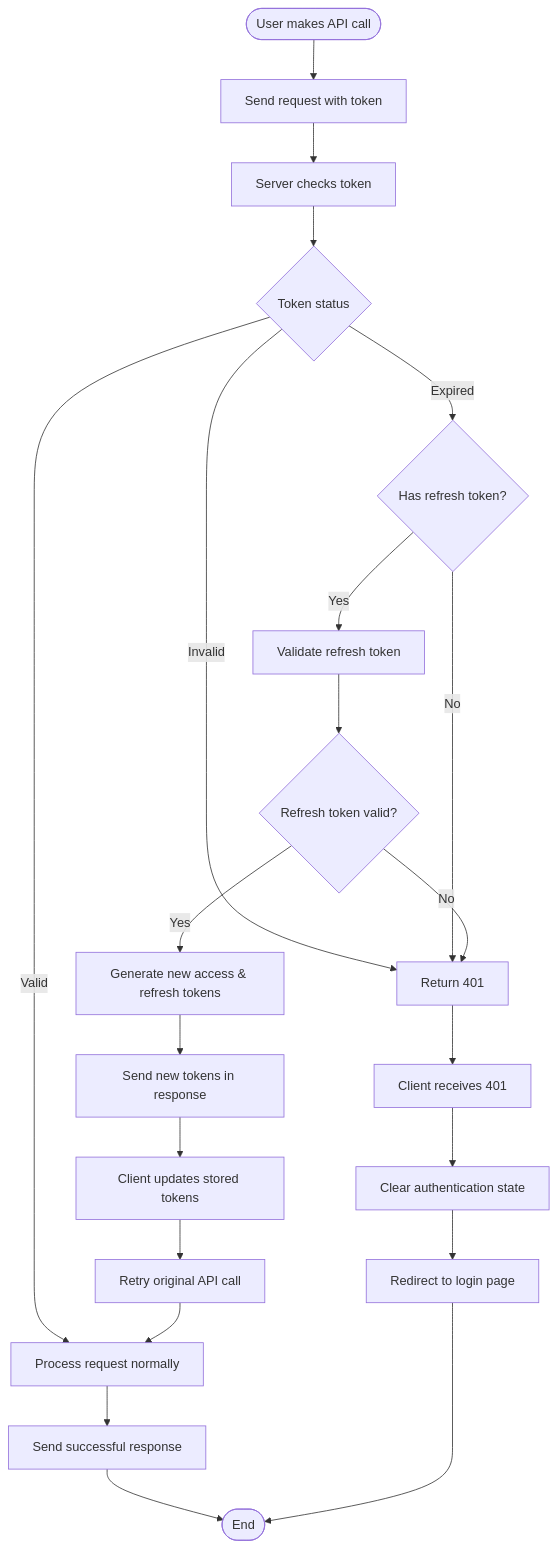
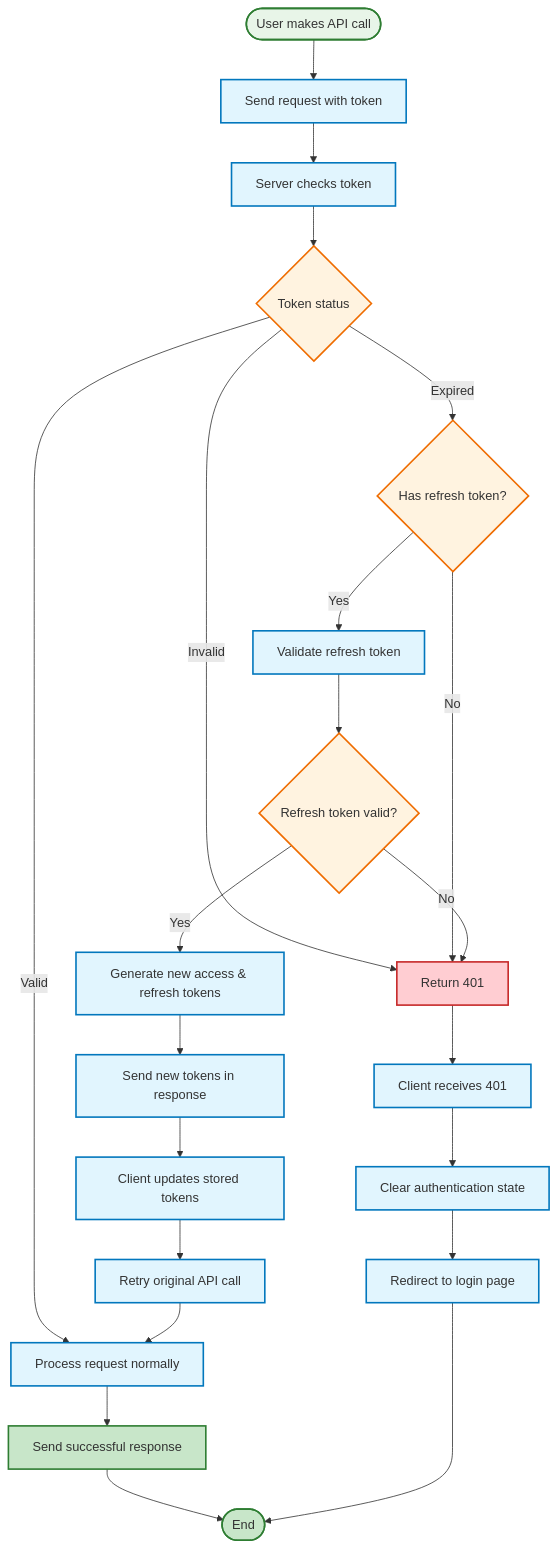
Before and after one commit to shmuelkapiloff/simple-: diagram 16 of 16 in docs/SYSTEM_MAP.md, drawn with Mermaid. The commit also changed other lines of this file, not shown here.

Commit message:
style: Add comprehensive styling and colors to all flowcharts - Security, Search, Email, Admin, Payment, and Token Refresh flows

````diff
--- a/docs/SYSTEM_MAP.md
+++ b/docs/SYSTEM_MAP.md
@@ -1247,32 +1355,45 @@
 ```mermaid
 flowchart TD
     ApiCall([User makes API call]) --> SendRequest[Send request with token]
     SendRequest --> ServerCheck[Server checks token]
     
     ServerCheck --> TokenStatus{Token status}
     
     TokenStatus -->|Valid| ProcessRequest[Process request normally]
     TokenStatus -->|Expired| CheckRefreshToken{Has refresh token?}
     TokenStatus -->|Invalid| Return401[Return 401]
     
     CheckRefreshToken -->|No| Return401
     CheckRefreshToken -->|Yes| ValidateRefreshToken[Validate refresh token]
     
     ValidateRefreshToken --> RefreshValid{Refresh token valid?}
     RefreshValid -->|No| Return401
     RefreshValid -->|Yes| GenerateNewTokens[Generate new access & refresh tokens]
     
     GenerateNewTokens --> SendNewTokens[Send new tokens in response]
     SendNewTokens --> UpdateClient[Client updates stored tokens]
     UpdateClient --> RetryOriginalRequest[Retry original API call]
     RetryOriginalRequest --> ProcessRequest
     
     ProcessRequest --> SendResponse[Send successful response]
     
     Return401 --> ClientReceives401[Client receives 401]
     ClientReceives401 --> ClearAuth[Clear authentication state]
     ClearAuth --> RedirectLogin[Redirect to login page]
     
     SendResponse --> End([End])
     RedirectLogin --> End
+    
+    %% Styling
+    classDef success fill:#c8e6c9,stroke:#2e7d32,stroke-width:2px
+    classDef error fill:#ffcdd2,stroke:#c62828,stroke-width:2px
+    classDef process fill:#e1f5fe,stroke:#0277bd,stroke-width:2px
+    classDef decision fill:#fff3e0,stroke:#ef6c00,stroke-width:2px
+    classDef start fill:#e8f5e8,stroke:#2e7d32,stroke-width:2px
+
+    class ApiCall start
+    class TokenStatus,CheckRefreshToken,RefreshValid decision
+    class SendRequest,ServerCheck,ProcessRequest,ValidateRefreshToken,GenerateNewTokens,SendNewTokens,UpdateClient,RetryOriginalRequest,SendResponse,ClientReceives401,ClearAuth,RedirectLogin process
+    class SendResponse,End success
+    class Return401 error
 ```
````
